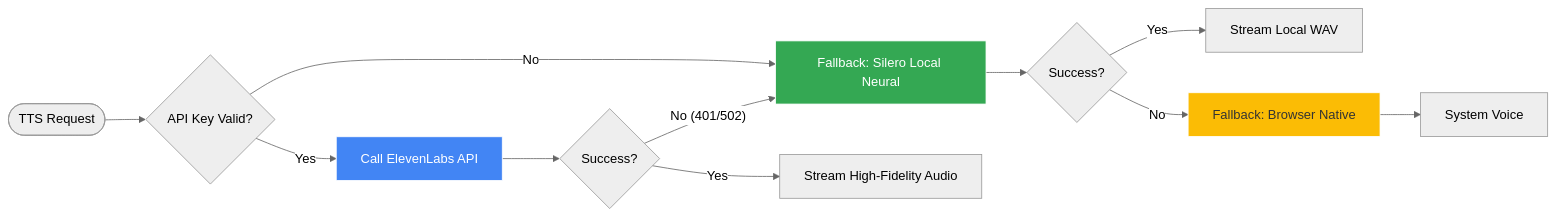
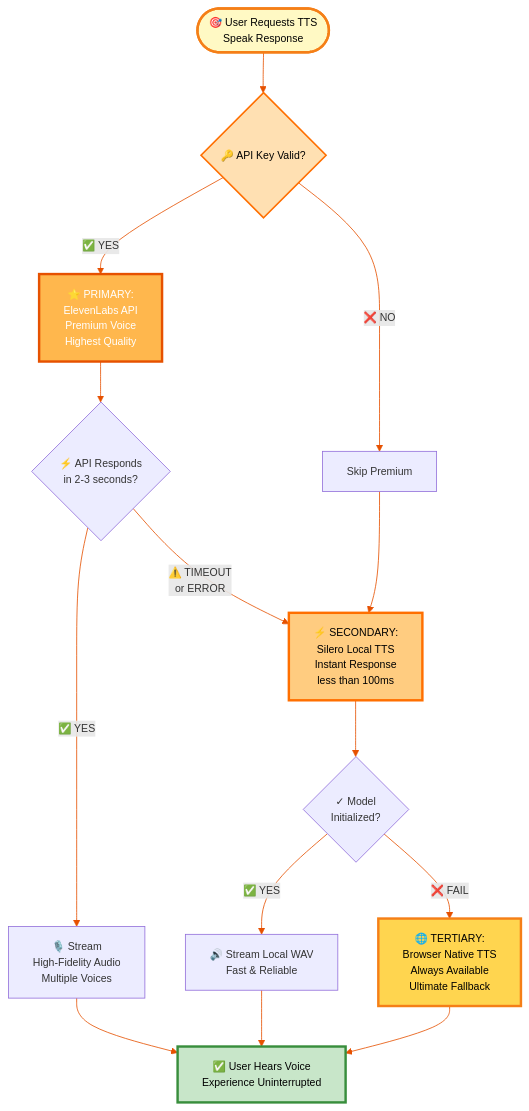
Before and after one commit to Jobeer1/Ubuntu-Patient-Care: the third of 3 diagrams in GOTG_version/RIS-1/SDOH-chat/README.md, drawn with Mermaid. The commit also changed other lines of this file and 1 other file, not shown here.

Commit message:
Enhancement: Make diagrams beautiful and human-readable with colors, emojis, and descriptive text

````diff
--- a/GOTG_version/RIS-1/SDOH-chat/README.md
+++ b/GOTG_version/RIS-1/SDOH-chat/README.md
@@ -174,22 +189,31 @@
 ```mermaid
-%%{init: {'theme': 'neutral'}}%%
-flowchart LR
-    Start([TTS Request]) --> CheckKey{API Key Valid?}
+%%{init: {'theme': 'default', 'themeVariables': { 'primaryColor': '#FF6F00', 'primaryBorderColor': '#E65100', 'primaryTextColor': '#fff', 'lineColor': '#E65100', 'fontSize': '13px'}}}%%
+flowchart TD
+    Start(["🎯 User Requests TTS<br/>Speak Response"]) 
     
-    CheckKey -- Yes --> CallEleven[Call ElevenLabs API]
-    CheckKey -- No --> LocalTTS
+    Start --> CheckAPI{🔑 API Key Valid?}
     
-    CallEleven --> Success{Success?}
-    Success -- Yes --> StreamAudio[Stream High-Fidelity Audio]
-    Success -- No (401/502) --> LocalTTS[Fallback: Silero Local Neural]
+    CheckAPI -->|✅ YES| CallEleven["⭐ PRIMARY:<br/>ElevenLabs API<br/>Premium Voice<br/>Highest Quality"]
+    CheckAPI -->|❌ NO| SkipEleven["Skip Premium"]
     
-    LocalTTS --> LocalSuccess{Success?}
-    LocalSuccess -- Yes --> StreamWav[Stream Local WAV]
-    LocalSuccess -- No --> BrowserTTS[Fallback: Browser Native]
+    CallEleven --> ElevenSuccess{⚡ API Responds<br/>in 2-3 seconds?}
+    ElevenSuccess -->|✅ YES| StreamAudio["🎙️ Stream<br/>High-Fidelity Audio<br/>Multiple Voices"]
+    ElevenSuccess -->|⚠️ TIMEOUT<br/>or ERROR| LocalTTS
     
-    BrowserTTS --> Speak[System Voice]
+    SkipEleven --> LocalTTS["⚡ SECONDARY:<br/>Silero Local TTS<br/>Instant Response<br/>less than 100ms"]
     
-    style CallEleven fill:#4285F4,stroke:#fff,color:#fff
-    style LocalTTS fill:#34A853,stroke:#fff,color:#fff
-    style BrowserTTS fill:#FBBC05,stroke:#fff,color:#333
+    LocalTTS --> LocalSuccess{✓ Model<br/>Initialized?}
+    LocalSuccess -->|✅ YES| StreamWav["🔊 Stream Local WAV<br/>Fast & Reliable"]
+    LocalSuccess -->|❌ FAIL| BrowserTTS["🌐 TERTIARY:<br/>Browser Native TTS<br/>Always Available<br/>Ultimate Fallback"]
+    
+    StreamAudio --> Success["✅ User Hears Voice<br/>Experience Uninterrupted"]
+    StreamWav --> Success
+    BrowserTTS --> Success
+    
+    style Start fill:#FFF9C4,stroke:#F57F17,stroke-width:3px,color:#000
+    style CheckAPI fill:#FFE0B2,stroke:#FF6F00,stroke-width:2px,color:#000
+    style CallEleven fill:#FFB74D,stroke:#E65100,stroke-width:3px,color:#fff
+    style LocalTTS fill:#FFCC80,stroke:#FF6F00,stroke-width:3px,color:#000
+    style BrowserTTS fill:#FFD54F,stroke:#F57F17,stroke-width:3px,color:#000
+    style Success fill:#C8E6C9,stroke:#388E3C,stroke-width:3px,color:#000
 ```
````
